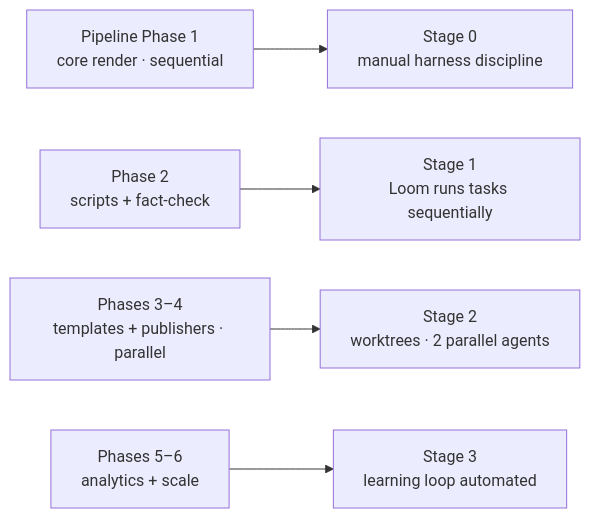
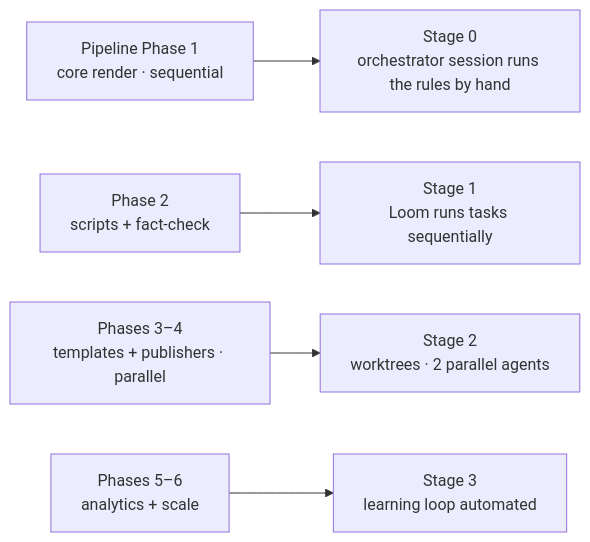
Before and after one commit to nan3r0/Machine: the second of 3 diagrams in HARNESS.md, drawn with Mermaid. The commit also changed other lines of this file, not shown here.

First line of the commit message:
Describe orchestrated Stage 0 in HARNESS.md

````diff
--- a/HARNESS.md
+++ b/HARNESS.md
@@ -91,7 +93,7 @@
 ```mermaid
 flowchart LR
-    P1[Pipeline Phase 1<br/>core render · sequential] --> S0[Stage 0<br/>manual harness discipline]
+    P1[Pipeline Phase 1<br/>core render · sequential] --> S0[Stage 0<br/>orchestrator session runs the rules by hand]
     P2[Phase 2<br/>scripts + fact-check] --> S1[Stage 1<br/>Loom runs tasks sequentially]
     P34[Phases 3–4<br/>templates + publishers · parallel] --> S2[Stage 2<br/>worktrees · 2 parallel agents]
     P56[Phases 5–6<br/>analytics + scale] --> S3[Stage 3<br/>learning loop automated]
 ```
````
